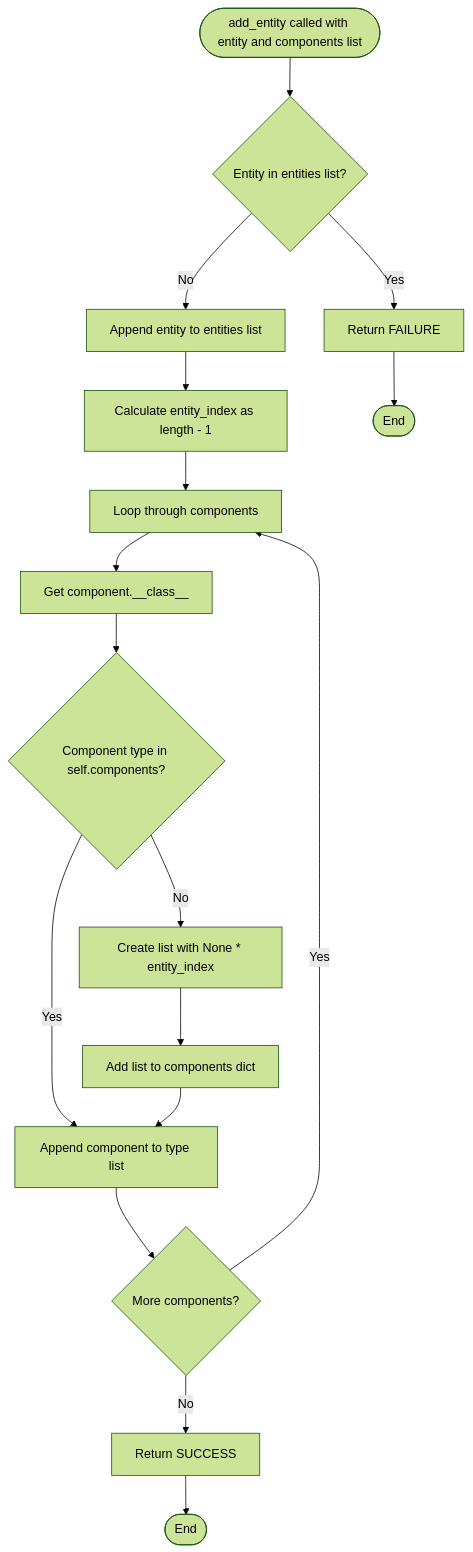
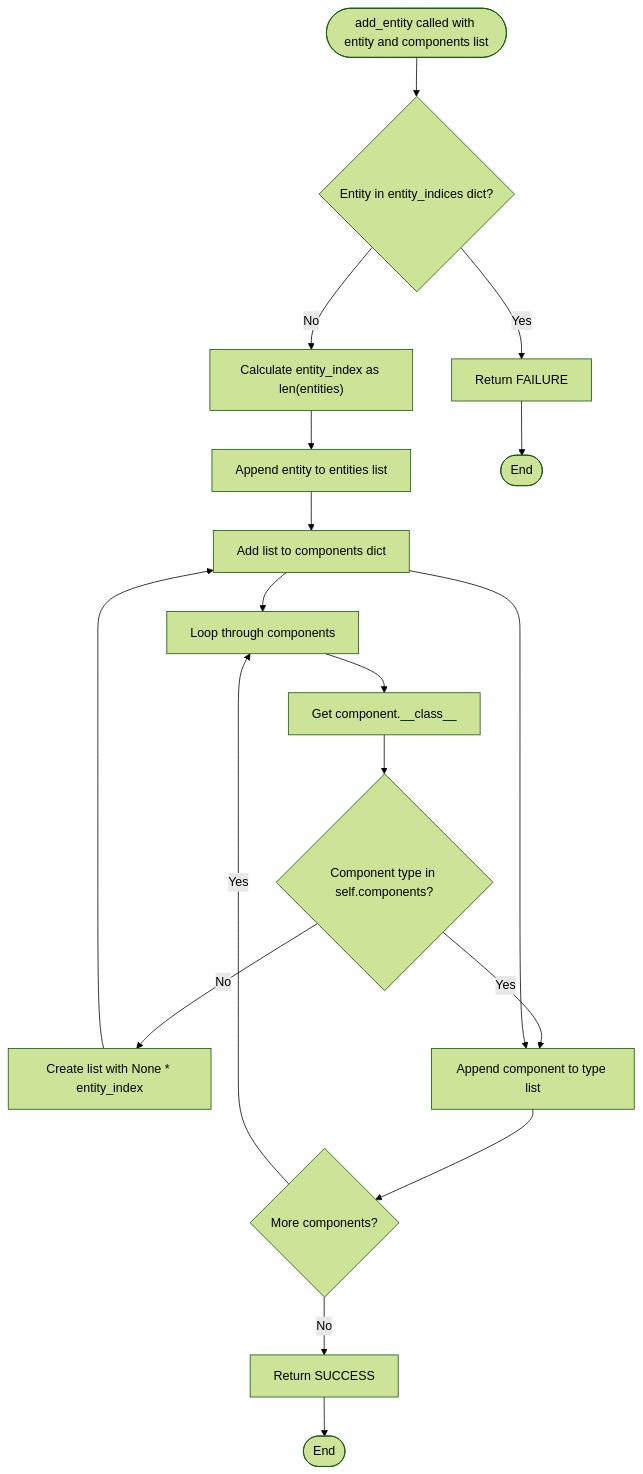
The diagram in mermaid/Archetype/add_entity.mermaid (brodycritchlow/PyECS), drawn with Mermaid (forest theme) before and after one commit. The commit also changed 3 other files, not shown here.

Commit message:
docs: update mermaid diagrams to reflect O(1) entity lookup optimization

```diff
--- a/mermaid/Archetype/add_entity.mermaid
+++ b/mermaid/Archetype/add_entity.mermaid
@@ -1,25 +1,26 @@
 flowchart TD
-    Start([add_entity called with entity and components list]) --> CheckExists{Entity in entities list?}
+    Start([add_entity called with entity and components list]) --> CheckExists{Entity in entity_indices dict?}
     
     CheckExists -->|Yes| ReturnFailure[Return FAILURE]
-    CheckExists -->|No| AppendEntity[Append entity to entities list]
+    CheckExists -->|No| CalcIndex["Calculate entity_index as len(entities)"]
     
-    AppendEntity --> CalcIndex[Calculate entity_index as length - 1]
-    CalcIndex --> LoopComponents[Loop through components]
+    CalcIndex --> AppendEntity[Append entity to entities list]
+    AppendEntity --> AddToDict["Add entity->entity_index to entity_indices dict"]
+    AddToDict --> LoopComponents[Loop through components]
     
     LoopComponents --> GetCompType[Get component.__class__]
     GetCompType --> CheckTypeExists{Component type in self.components?}
     
     CheckTypeExists -->|No| CreateList[Create list with None * entity_index]
     CheckTypeExists -->|Yes| AppendToList[Append component to type list]
     
     CreateList --> AddToDict[Add list to components dict]
     AddToDict --> AppendToList
     
     AppendToList --> MoreComponents{More components?}
     
     MoreComponents -->|Yes| LoopComponents
     MoreComponents -->|No| ReturnSuccess[Return SUCCESS]
     
     ReturnFailure --> End1([End])
     ReturnSuccess --> End2([End])
```
